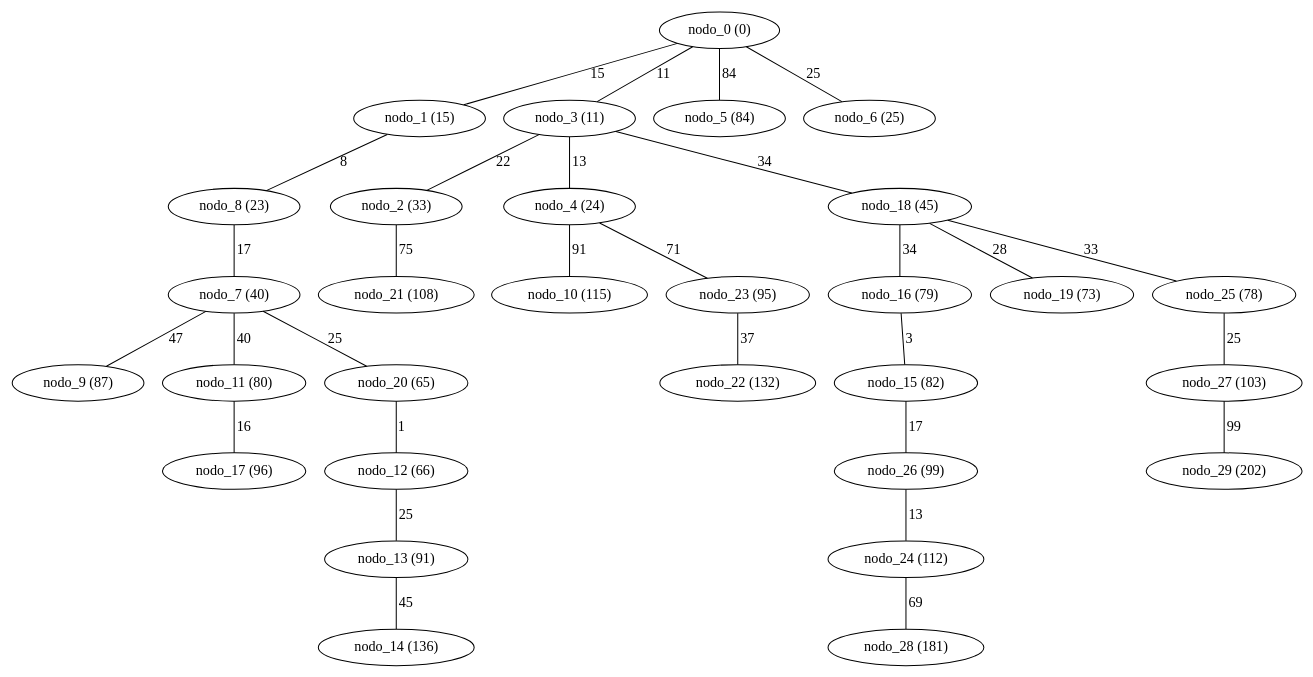
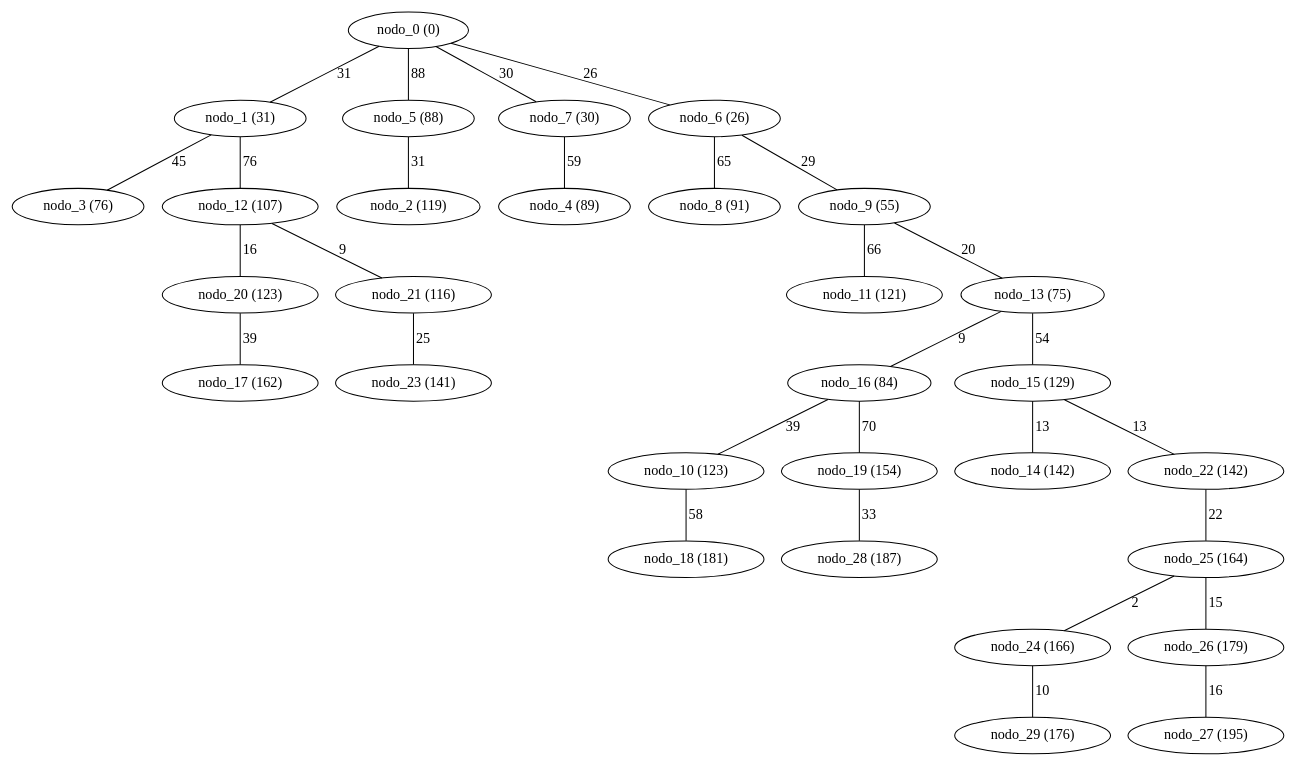
Before and after one commit to sinisterra/cic-algoritmos: the diagram in proyecto03/gen_BarabasiAlbert_30_dijkstra.gv, drawn with Graphviz. The commit also changed 25 other files, not shown here.

```diff
--- a/proyecto03/gen_BarabasiAlbert_30_dijkstra.gv
+++ b/proyecto03/gen_BarabasiAlbert_30_dijkstra.gv
@@ -1,31 +1,31 @@
 graph gen_BarabasiAlbert_30_dijkstra {
- "nodo_0 (0)" -- "nodo_1 (15)" [label=15 weight=15]
- "nodo_3 (11)" -- "nodo_2 (33)" [label=22 weight=22]
- "nodo_0 (0)" -- "nodo_3 (11)" [label=11 weight=11]
- "nodo_3 (11)" -- "nodo_4 (24)" [label=13 weight=13]
- "nodo_0 (0)" -- "nodo_5 (84)" [label=84 weight=84]
- "nodo_0 (0)" -- "nodo_6 (25)" [label=25 weight=25]
- "nodo_8 (23)" -- "nodo_7 (40)" [label=17 weight=17]
- "nodo_1 (15)" -- "nodo_8 (23)" [label=8 weight=8]
- "nodo_7 (40)" -- "nodo_9 (87)" [label=47 weight=47]
- "nodo_4 (24)" -- "nodo_10 (115)" [label=91 weight=91]
- "nodo_7 (40)" -- "nodo_11 (80)" [label=40 weight=40]
- "nodo_20 (65)" -- "nodo_12 (66)" [label=1 weight=1]
- "nodo_12 (66)" -- "nodo_13 (91)" [label=25 weight=25]
- "nodo_13 (91)" -- "nodo_14 (136)" [label=45 weight=45]
- "nodo_16 (79)" -- "nodo_15 (82)" [label=3 weight=3]
- "nodo_18 (45)" -- "nodo_16 (79)" [label=34 weight=34]
- "nodo_11 (80)" -- "nodo_17 (96)" [label=16 weight=16]
- "nodo_3 (11)" -- "nodo_18 (45)" [label=34 weight=34]
- "nodo_18 (45)" -- "nodo_19 (73)" [label=28 weight=28]
- "nodo_7 (40)" -- "nodo_20 (65)" [label=25 weight=25]
- "nodo_2 (33)" -- "nodo_21 (108)" [label=75 weight=75]
- "nodo_23 (95)" -- "nodo_22 (132)" [label=37 weight=37]
- "nodo_4 (24)" -- "nodo_23 (95)" [label=71 weight=71]
- "nodo_26 (99)" -- "nodo_24 (112)" [label=13 weight=13]
- "nodo_18 (45)" -- "nodo_25 (78)" [label=33 weight=33]
- "nodo_15 (82)" -- "nodo_26 (99)" [label=17 weight=17]
- "nodo_25 (78)" -- "nodo_27 (103)" [label=25 weight=25]
- "nodo_24 (112)" -- "nodo_28 (181)" [label=69 weight=69]
- "nodo_27 (103)" -- "nodo_29 (202)" [label=99 weight=99]
+ "nodo_0 (0)" -- "nodo_1 (31)" [label=31 weight=31]
+ "nodo_5 (88)" -- "nodo_2 (119)" [label=31 weight=31]
+ "nodo_1 (31)" -- "nodo_3 (76)" [label=45 weight=45]
+ "nodo_7 (30)" -- "nodo_4 (89)" [label=59 weight=59]
+ "nodo_0 (0)" -- "nodo_5 (88)" [label=88 weight=88]
+ "nodo_0 (0)" -- "nodo_6 (26)" [label=26 weight=26]
+ "nodo_0 (0)" -- "nodo_7 (30)" [label=30 weight=30]
+ "nodo_6 (26)" -- "nodo_8 (91)" [label=65 weight=65]
+ "nodo_6 (26)" -- "nodo_9 (55)" [label=29 weight=29]
+ "nodo_16 (84)" -- "nodo_10 (123)" [label=39 weight=39]
+ "nodo_9 (55)" -- "nodo_11 (121)" [label=66 weight=66]
+ "nodo_1 (31)" -- "nodo_12 (107)" [label=76 weight=76]
+ "nodo_9 (55)" -- "nodo_13 (75)" [label=20 weight=20]
+ "nodo_15 (129)" -- "nodo_14 (142)" [label=13 weight=13]
+ "nodo_13 (75)" -- "nodo_15 (129)" [label=54 weight=54]
+ "nodo_13 (75)" -- "nodo_16 (84)" [label=9 weight=9]
+ "nodo_20 (123)" -- "nodo_17 (162)" [label=39 weight=39]
+ "nodo_10 (123)" -- "nodo_18 (181)" [label=58 weight=58]
+ "nodo_16 (84)" -- "nodo_19 (154)" [label=70 weight=70]
+ "nodo_12 (107)" -- "nodo_20 (123)" [label=16 weight=16]
+ "nodo_12 (107)" -- "nodo_21 (116)" [label=9 weight=9]
+ "nodo_15 (129)" -- "nodo_22 (142)" [label=13 weight=13]
+ "nodo_21 (116)" -- "nodo_23 (141)" [label=25 weight=25]
+ "nodo_25 (164)" -- "nodo_24 (166)" [label=2 weight=2]
+ "nodo_22 (142)" -- "nodo_25 (164)" [label=22 weight=22]
+ "nodo_25 (164)" -- "nodo_26 (179)" [label=15 weight=15]
+ "nodo_26 (179)" -- "nodo_27 (195)" [label=16 weight=16]
+ "nodo_19 (154)" -- "nodo_28 (187)" [label=33 weight=33]
+ "nodo_24 (166)" -- "nodo_29 (176)" [label=10 weight=10]
 }
```
